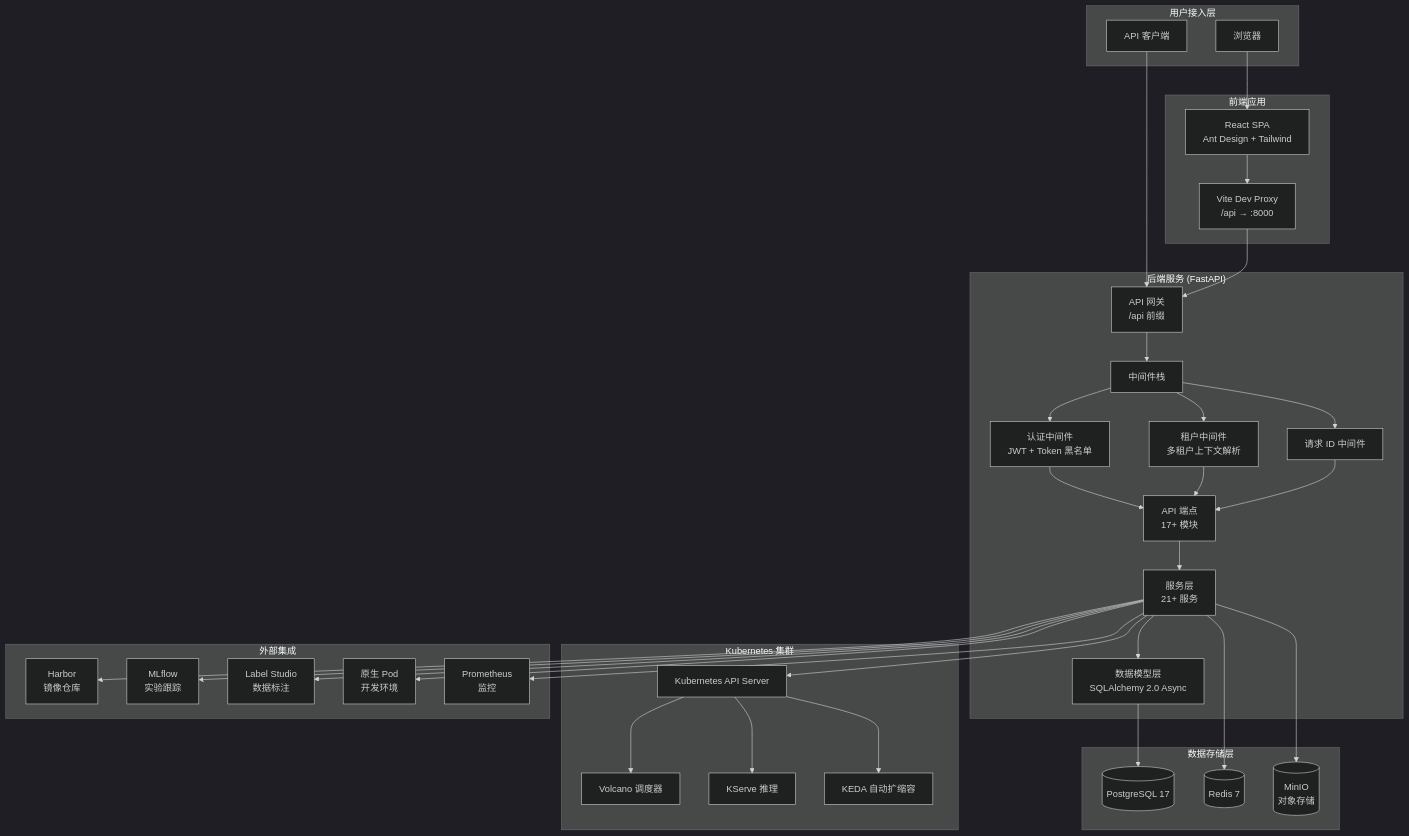
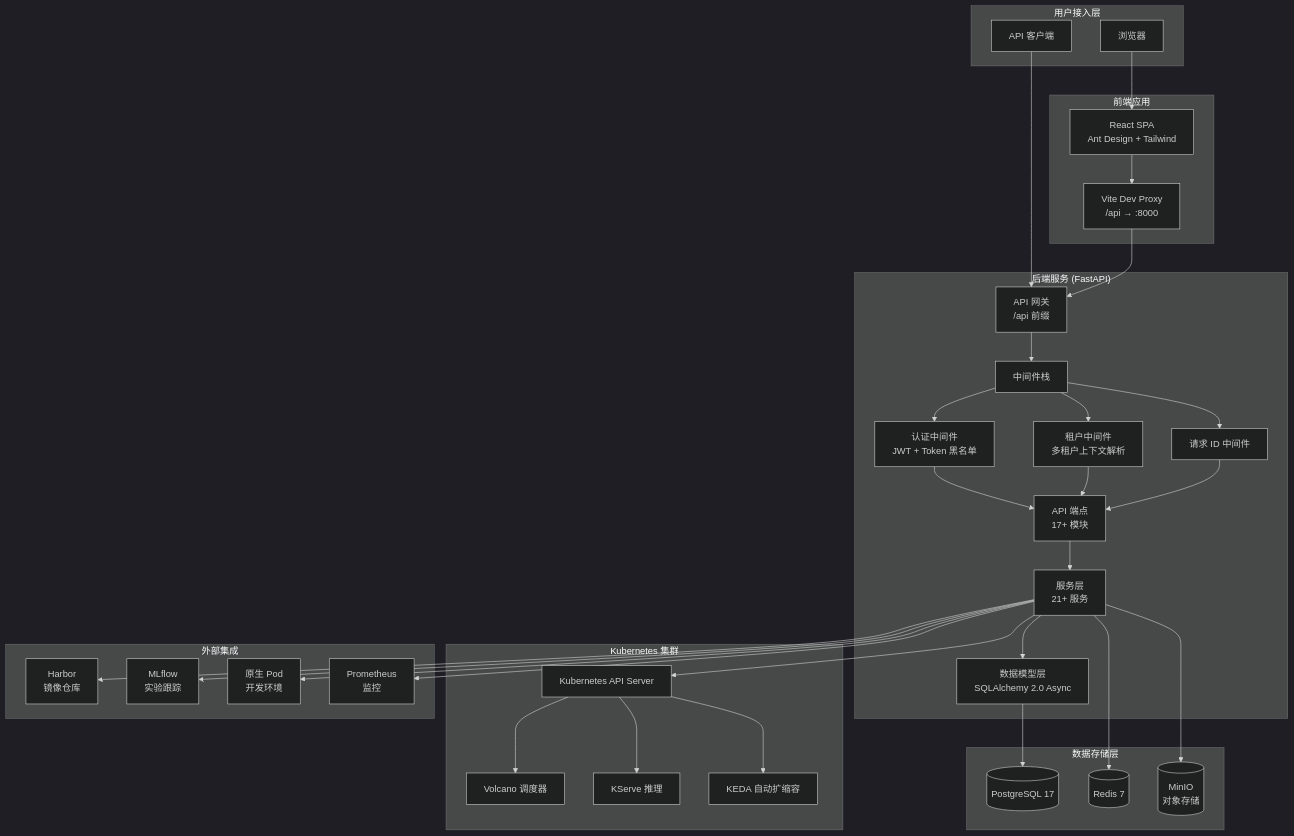
Before and after one commit to noimank/KubeAI: the first of 2 diagrams in docs/architecture/overview.md, drawn with Mermaid (dark theme). The commit also changed other lines of this file and 47 other files, not shown here.

First line of the commit message:
♻️ refactor: 移除 LabelStudio 服务器依赖, 标注链路完全自研

````diff
--- a/docs/architecture/overview.md
+++ b/docs/architecture/overview.md
@@ -5,67 +5,65 @@
 ```mermaid
 graph TB
     subgraph "用户接入层"
         Browser[浏览器]
         API_CLIENT[API 客户端]
     end
 
     subgraph "前端应用"
         REACT[React SPA<br/>Ant Design + Tailwind]
         REACT --> API_PROXY[Vite Dev Proxy<br/>/api → :8000]
     end
 
     subgraph "后端服务 (FastAPI)"
         API[API 网关<br/>/api 前缀]
         API --> MW[中间件栈]
         MW --> AUTH_MW[认证中间件<br/>JWT + Token 黑名单]
         MW --> TENANT_MW[租户中间件<br/>多租户上下文解析]
         MW --> REQ_MW[请求 ID 中间件]
 
         AUTH_MW --> ENDPOINTS[API 端点<br/>17+ 模块]
         TENANT_MW --> ENDPOINTS
         REQ_MW --> ENDPOINTS
 
         ENDPOINTS --> SERVICES[服务层<br/>21+ 服务]
         SERVICES --> MODELS[数据模型层<br/>SQLAlchemy 2.0 Async]
     end
 
     subgraph "数据存储层"
         PG[(PostgreSQL 17)]
         REDIS[(Redis 7)]
         MINIO[(MinIO<br/>对象存储)]
     end
 
     subgraph "Kubernetes 集群"
         K8S_API[Kubernetes API Server]
         VOLCANO[Volcano 调度器]
         KSERVE[KServe 推理]
         KEDA[KEDA 自动扩缩容]
     end
 
     subgraph "外部集成"
         HARBOR[Harbor<br/>镜像仓库]
         MLFLOW[MLflow<br/>实验跟踪]
-        LABEL_STUDIO[Label Studio<br/>数据标注]
         DEVPOD[原生 Pod<br/>开发环境]
         PROMETHEUS[Prometheus<br/>监控]
     end
 
     Browser --> REACT
     API_CLIENT --> API
     API_PROXY --> API
 
     MODELS --> PG
     SERVICES --> REDIS
     SERVICES --> MINIO
 
     SERVICES --> K8S_API
     K8S_API --> VOLCANO
     K8S_API --> KSERVE
     K8S_API --> KEDA
 
     SERVICES --> HARBOR
     SERVICES --> MLFLOW
-    SERVICES --> LABEL_STUDIO
     SERVICES --> DEVPOD
     SERVICES --> PROMETHEUS
 ```
````
